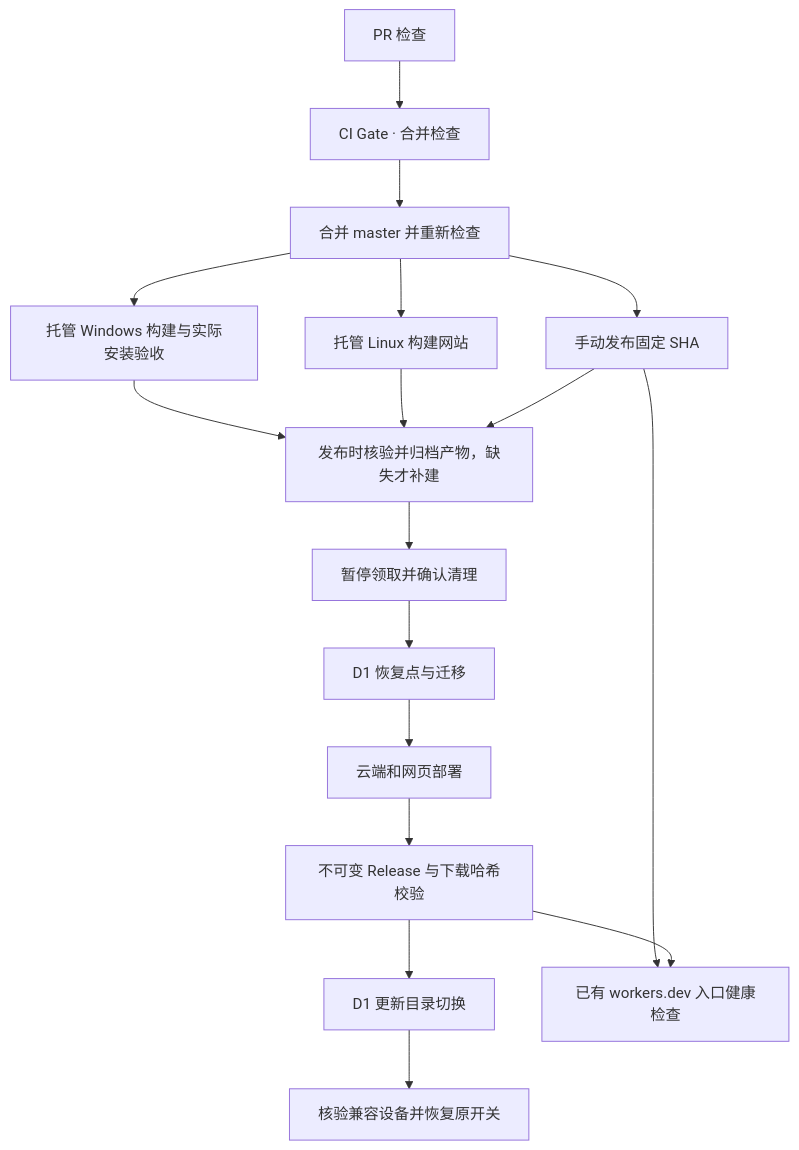
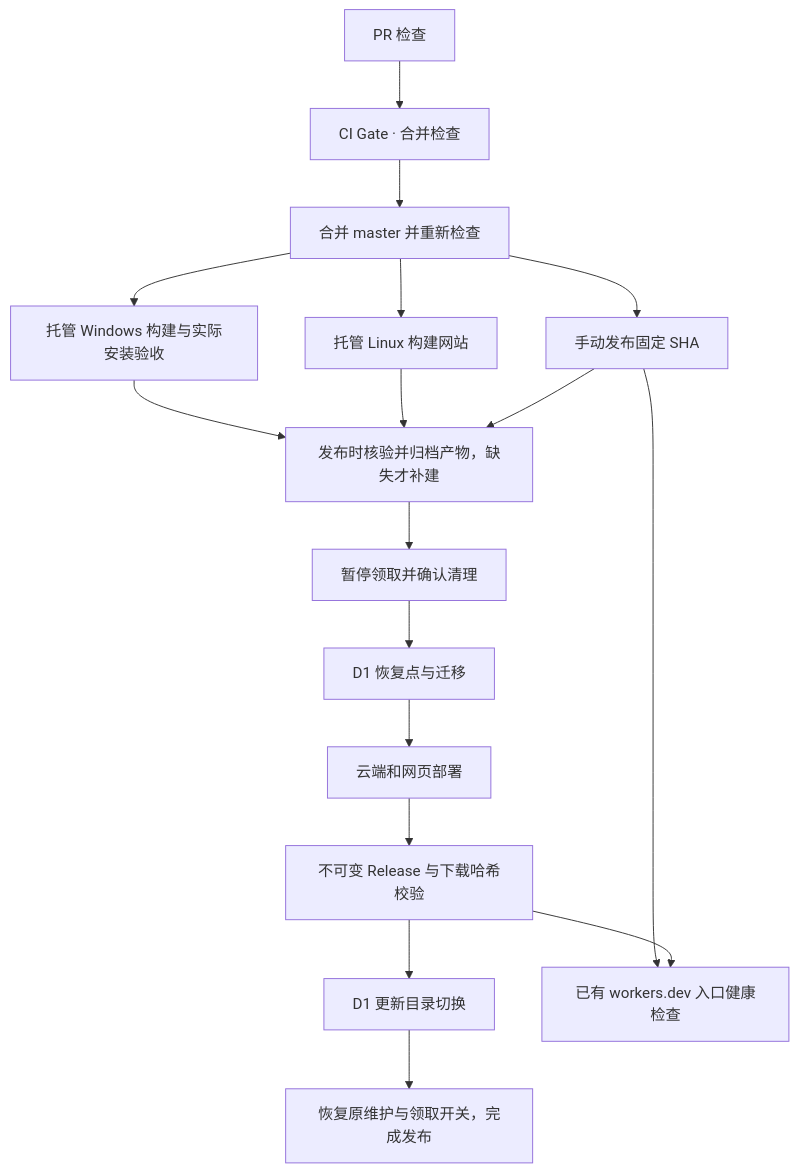
The diagram in docs/ARCHITECTURE.md (zhangheng2022/taskrelay), drawn with Mermaid before and after one commit. The commit also changed other lines of this file and 2 other files, not shown here.

Commit message:
记录 0.19.5 发布恢复完成并同步流程图
补充 complete 阶段、原开关恢复和不查询设备的正式运行证据，更新后续发布条件与架构图。

````diff
--- a/docs/ARCHITECTURE.md
+++ b/docs/ARCHITECTURE.md
@@ -5,19 +5,19 @@
 ```mermaid
 flowchart TD
     PR[PR 检查] --> G[CI Gate · 合并检查]
     G --> M[合并 master 并重新检查]
     M --> R[手动发布固定 SHA]
     M --> W[托管 Windows 构建与实际安装验收]
     M --> B[托管 Linux 构建网站]
     W --> V[发布时核验并归档产物，缺失才补建]
     B --> V
     R --> V
     V --> P[暂停领取并确认清理]
     P --> D[D1 恢复点与迁移]
     D --> C[云端和网页部署]
     C --> A[不可变 Release 与下载哈希校验]
     A --> U[D1 更新目录切换]
-    U --> E[核验兼容设备并恢复原开关]
+    U --> E[恢复原维护与领取开关，完成发布]
     R --> H[已有 workers.dev 入口健康检查]
     A --> H
 ```
````
